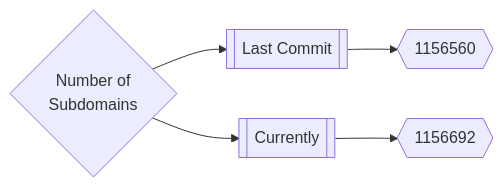
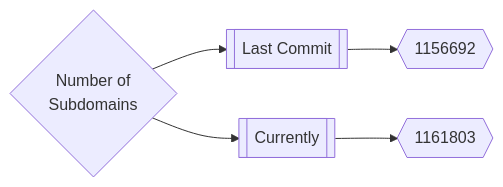
The first of 3 diagrams in README.md (trickest/inventory), drawn with Mermaid before and after one commit. The commit also changed other lines of this file and 118 other files, not shown here.

````diff
--- a/README.md
+++ b/README.md
@@ -165,5 +165,5 @@
 ```mermaid
 graph LR
-title{Number of<br>Subdomains} --> subdomainsDate1[[Last Commit]] --> subdomainsNum1{{1156560}}
-title --> subdomainsDate2[[Currently]] --> subdomainsNum2{{1156692}}
+title{Number of<br>Subdomains} --> subdomainsDate1[[Last Commit]] --> subdomainsNum1{{1156692}}
+title --> subdomainsDate2[[Currently]] --> subdomainsNum2{{1161803}}
 ```
````
